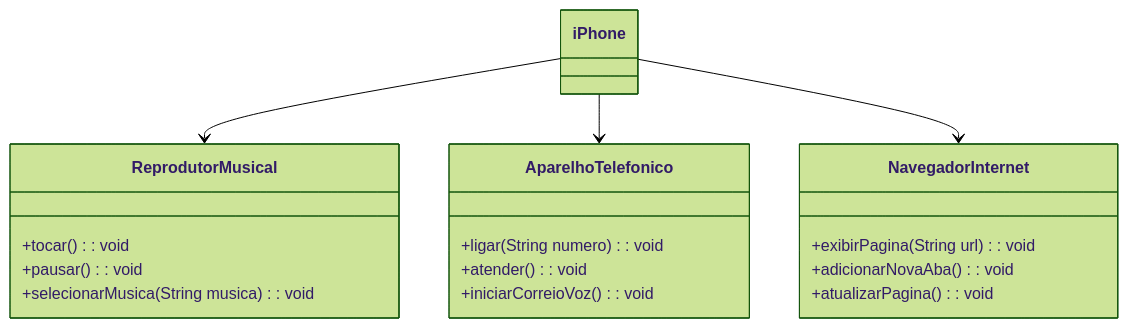
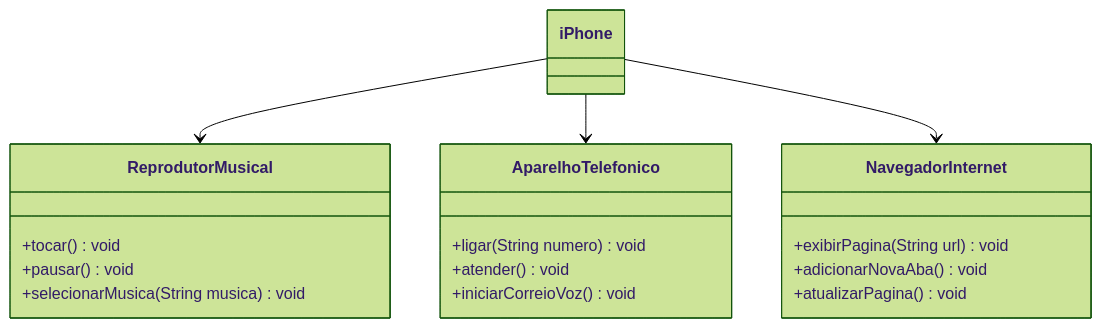
Before and after one commit to diogocampos2/iPhone: the diagram in README.md, drawn with Mermaid (forest theme).

Commit message:
Atualizando os retornos

````diff
--- a/README.md
+++ b/README.md
@@ -1,27 +1,27 @@
 ```mermaid
 classDiagram
     class ReprodutorMusical {
-        +tocar() : void 
-        +pausar() : void 
-        +selecionarMusica(String musica) : void
+        +tocar()  void 
+        +pausar()  void 
+        +selecionarMusica(String musica)  void
     }
 
     class AparelhoTelefonico {
-        +ligar(String numero) : void
-        +atender() : void
-        +iniciarCorreioVoz() : void
+        +ligar(String numero)  void
+        +atender()  void
+        +iniciarCorreioVoz()  void
     }
 
     class NavegadorInternet {
-        +exibirPagina(String url) : void
-        +adicionarNovaAba() : void
-        +atualizarPagina() : void
+        +exibirPagina(String url)  void
+        +adicionarNovaAba()  void
+        +atualizarPagina()  void
     }
 
     class iPhone {
     }
 
     iPhone --> ReprodutorMusical
     iPhone --> AparelhoTelefonico
     iPhone --> NavegadorInternet
 ```
````
